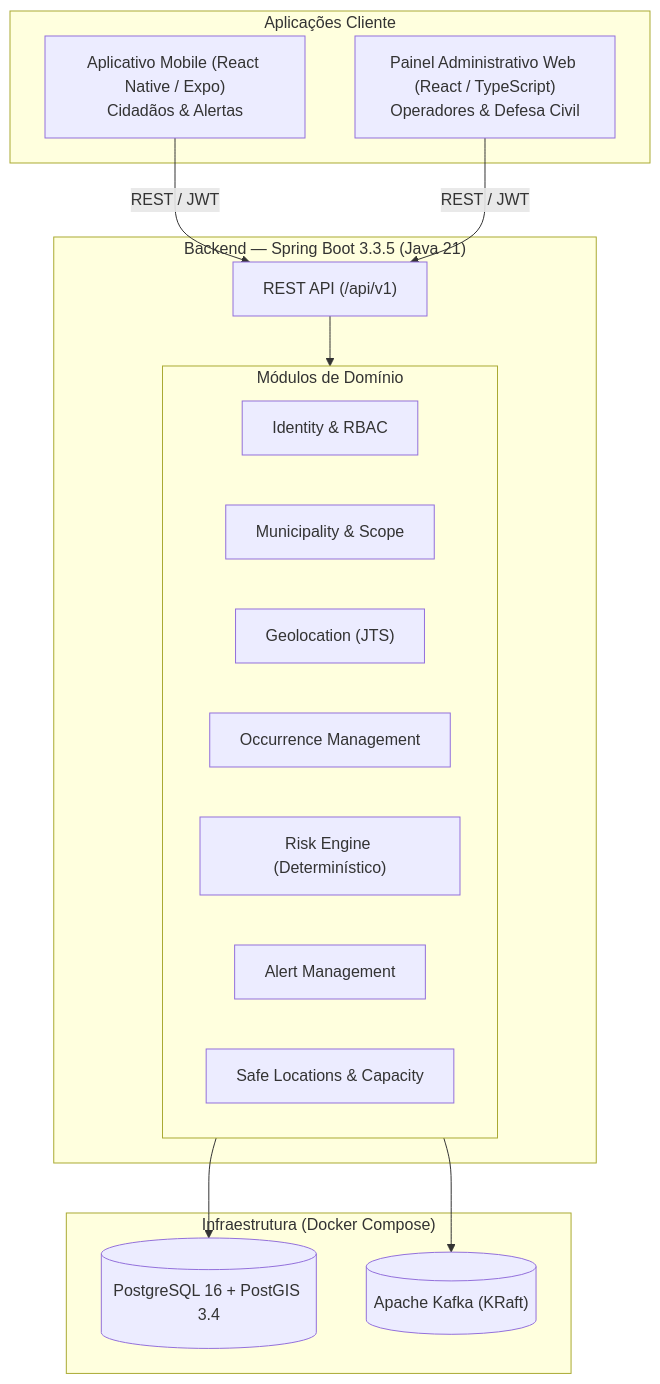
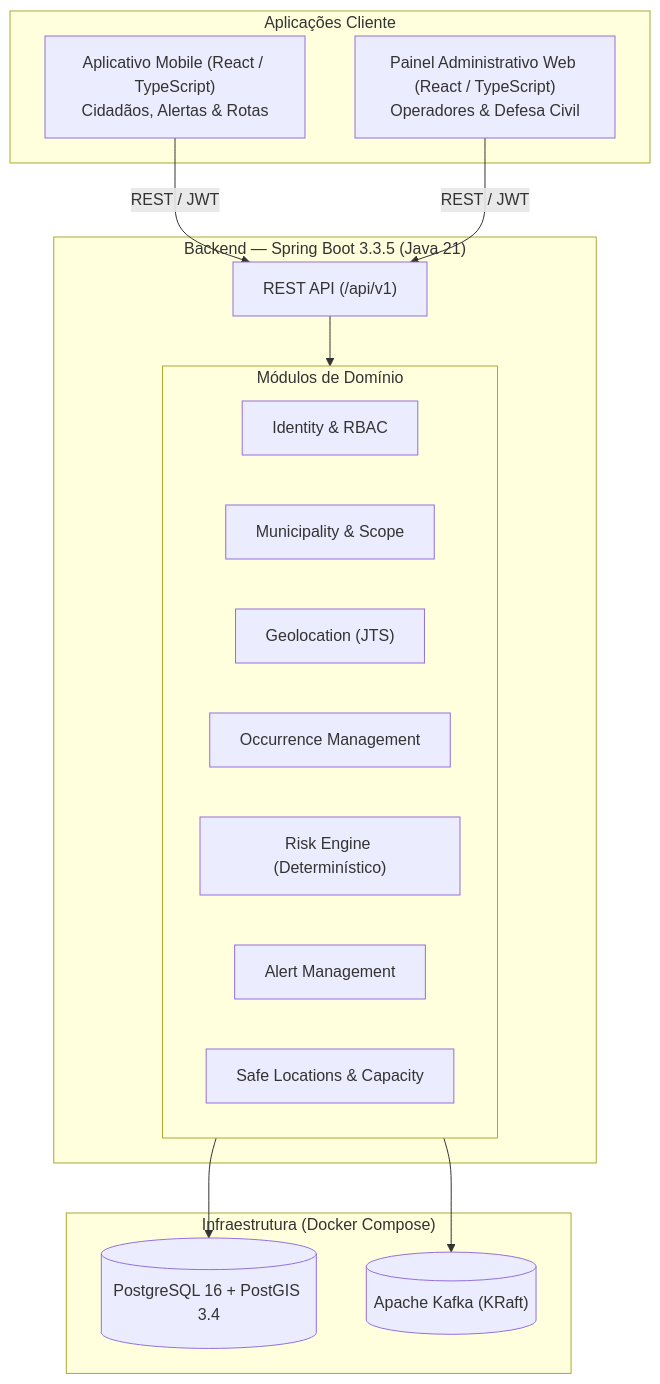
Before and after one commit to rflMandell/Guardian: the diagram in README.md, drawn with Mermaid. The commit also changed other lines of this file and 365 other files, not shown here.

````diff
--- a/README.md
+++ b/README.md
@@ -32,31 +71,31 @@
 ```mermaid
 flowchart TB
     subgraph CLIENTS["Aplicações Cliente"]
-        MOBILE["Aplicativo Mobile (React Native / Expo)<br/>Cidadãos & Alertas"]
+        MOBILE["Aplicativo Mobile (React / TypeScript)<br/>Cidadãos, Alertas & Rotas"]
         ADMIN["Painel Administrativo Web (React / TypeScript)<br/>Operadores & Defesa Civil"]
     end
 
     subgraph BACKEND["Backend — Spring Boot 3.3.5 (Java 21)"]
         API["REST API (/api/v1)"]
         subgraph MODULES["Módulos de Domínio"]
             ID["Identity & RBAC"]
             MUN["Municipality & Scope"]
             GEO["Geolocation (JTS)"]
             OCC["Occurrence Management"]
             RISK["Risk Engine (Determinístico)"]
             ALERT["Alert Management"]
             SAFE["Safe Locations & Capacity"]
         end
     end
 
     subgraph INFRA["Infraestrutura (Docker Compose)"]
         DB[("PostgreSQL 16 + PostGIS 3.4")]
         KAFKA[("Apache Kafka (KRaft)")]
     end
 
     MOBILE -->|REST / JWT| API
     ADMIN -->|REST / JWT| API
     API --> MODULES
     MODULES --> DB
     MODULES --> KAFKA
 ```
````
